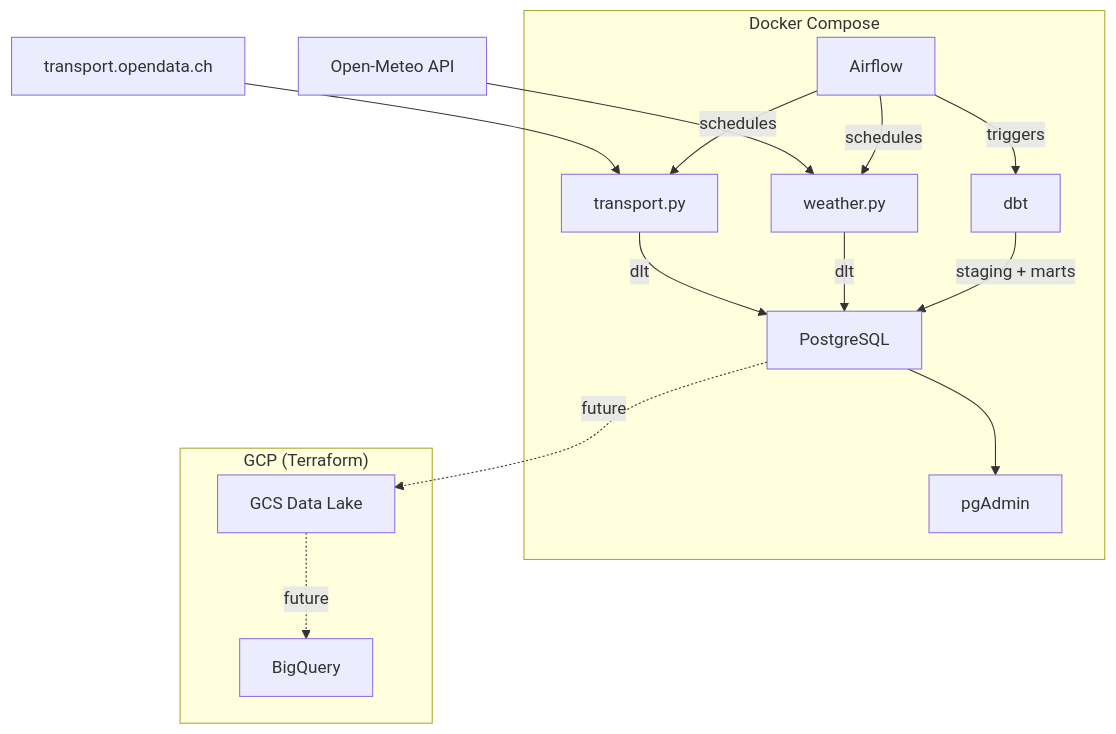
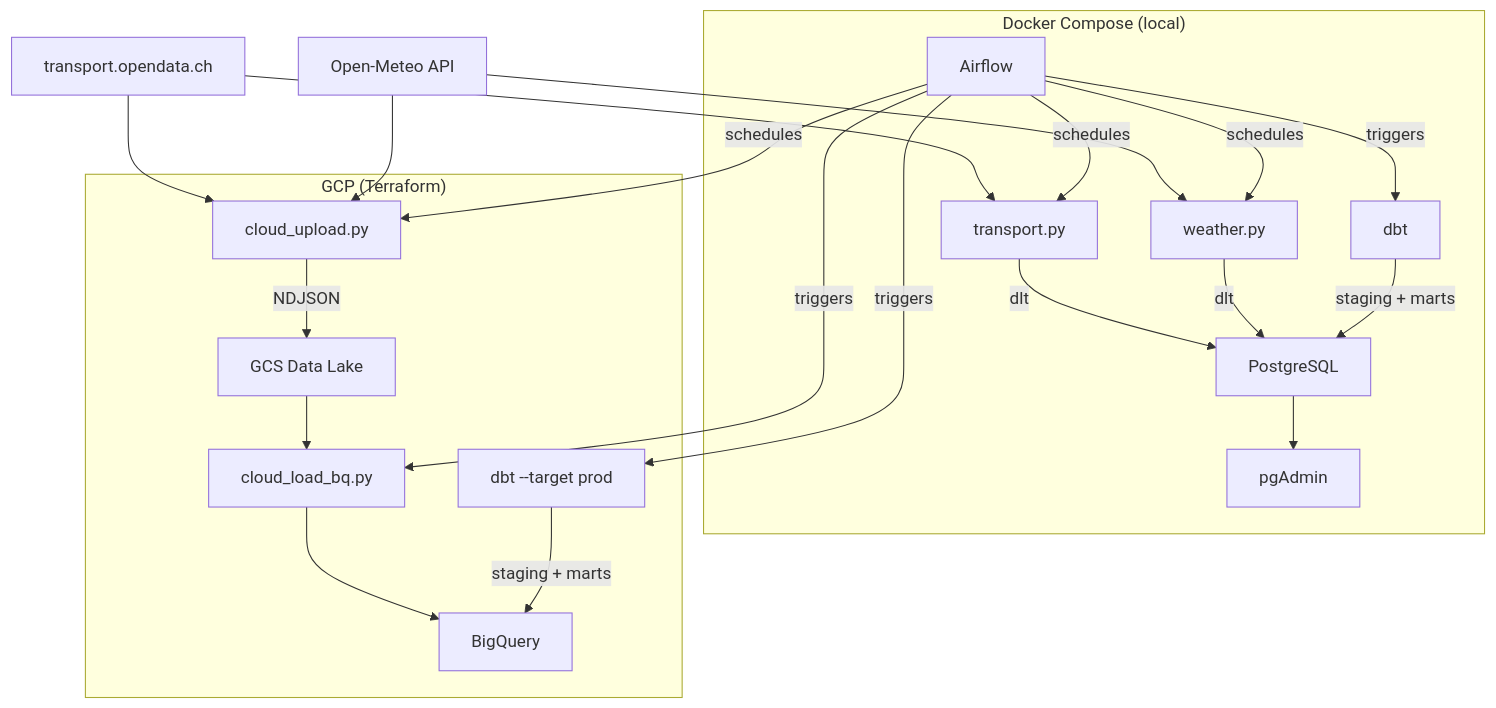
One commit to javihslu/rush changed the diagram in docs/index.md. Above: the diagram before and after it, drawn with Mermaid. The commit also changed other lines of this file and 16 other files, not shown here.

First line of the commit message:
Add cloud pipeline (GCS + BigQuery) with Airflow DAGs

````diff
--- a/docs/index.md
+++ b/docs/index.md
@@ -136,32 +136,42 @@
 ```mermaid
 flowchart TD
     SBB["transport.opendata.ch"] --> T["transport.py"]
     OME["Open-Meteo API"] --> W["weather.py"]
 
     T -->|dlt| PG["PostgreSQL"]
     W -->|dlt| PG
 
     AF["Airflow"] -->|schedules| T
     AF -->|schedules| W
     AF -->|triggers| DBT["dbt"]
 
     DBT -->|staging + marts| PG
     PG --> PGA["pgAdmin"]
 
-    PG -.->|future| GCS["GCS Data Lake"]
-    GCS -.->|future| BQ["BigQuery"]
+    SBB --> CU["cloud_upload.py"]
+    OME --> CU
+    CU -->|NDJSON| GCS["GCS Data Lake"]
+    GCS --> BQL["cloud_load_bq.py"]
+    BQL --> BQ["BigQuery"]
+    AF -->|schedules| CU
+    AF -->|triggers| BQL
+    AF -->|triggers| DBTC["dbt --target prod"]
+    DBTC -->|staging + marts| BQ
 
-    subgraph local ["Docker Compose"]
+    subgraph local ["Docker Compose (local)"]
         T
         W
         AF
         DBT
         PG
         PGA
     end
 
     subgraph cloud ["GCP (Terraform)"]
         GCS
         BQ
+        CU
+        BQL
+        DBTC
     end
 ```
````
